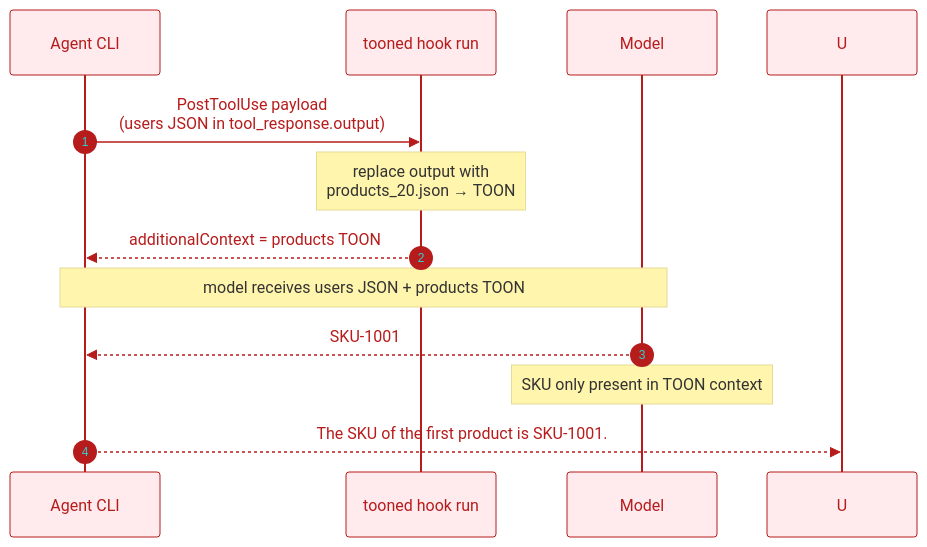
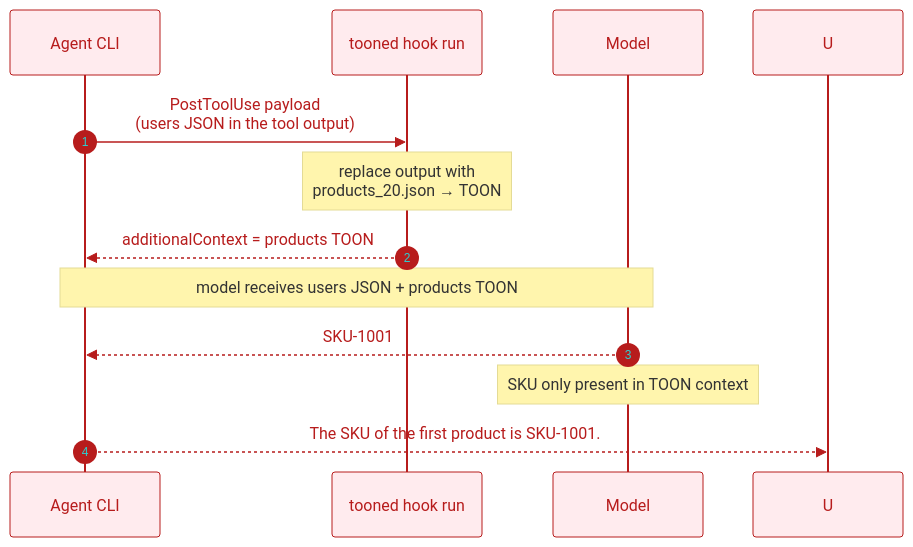
The second of 2 diagrams in docs/agents/toon-context-proof.md (w0wl0lxd/tooned), drawn with Mermaid before and after one commit. The commit also changed other lines of this file, not shown here.

````diff
--- a/docs/agents/toon-context-proof.md
+++ b/docs/agents/toon-context-proof.md
@@ -104,16 +100,16 @@
 ```mermaid
 %%{init: {'theme': 'base', 'themeVariables': { 'primaryColor': '#ffebee', 'primaryTextColor': '#b71c1c', 'primaryBorderColor': '#b71c1c', 'lineColor': '#d32f2f', 'secondaryColor': '#fff3e0'}}}%%
 sequenceDiagram
     autonumber
     participant A as Agent CLI
     participant T as tooned hook run
     participant M as Model
 
-    A->>T: PostToolUse payload<br/>(users JSON in tool_response.output)
+    A->>T: PostToolUse payload<br/>(users JSON in the tool output)
     Note over T: replace output with<br/>products_20.json → TOON
     T-->>A: additionalContext = products TOON
     Note over A,M: model receives users JSON + products TOON
     M-->>A: SKU-1001
     Note over M: SKU only present in TOON context
     A-->>U: The SKU of the first product is SKU-1001.
 ```
````
